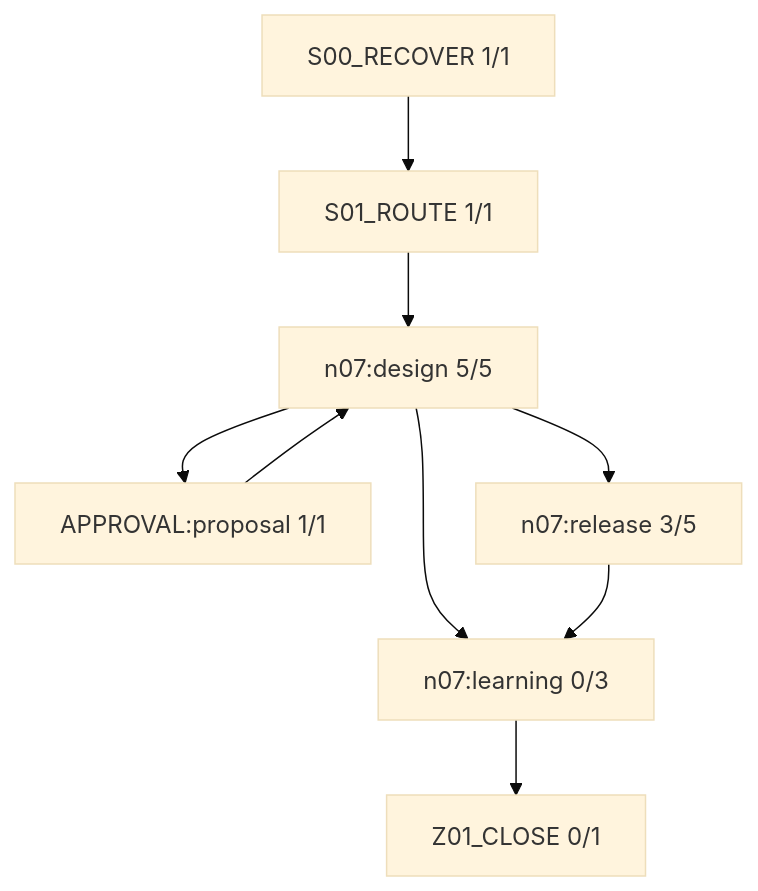
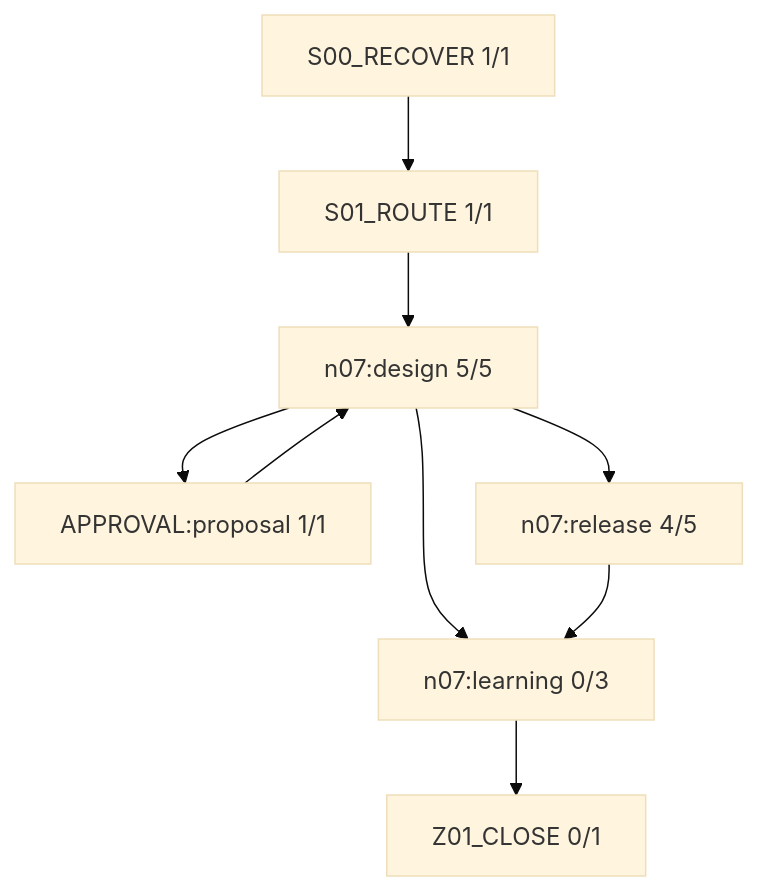
One commit to rrikunagasige-dot/kyotsu-step-web changed the diagram in work/items/W-MATH-032-n07-semantic-repair/generated/FIRE_DIAGRAM.md. Above: the diagram before and after it, drawn with Mermaid (base theme). The commit also changed other lines of this file and 29 other files, not shown here.

````diff
--- a/work/items/W-MATH-032-n07-semantic-repair/generated/FIRE_DIAGRAM.md
+++ b/work/items/W-MATH-032-n07-semantic-repair/generated/FIRE_DIAGRAM.md
@@ -5,18 +5,18 @@
 ```mermaid
 flowchart TD
   N0["S00_RECOVER 1/1"]
   N1["S01_ROUTE 1/1"]
   N2["n07:design 5/5"]
   N3["APPROVAL:proposal 1/1"]
-  N4["n07:release 3/5"]
+  N4["n07:release 4/5"]
   N5["n07:learning 0/3"]
   N6["Z01_CLOSE 0/1"]
   N3 --> N2
   N0 --> N1
   N1 --> N2
   N2 --> N3
   N2 --> N5
   N2 --> N4
   N5 --> N6
   N4 --> N5
 ```
````
